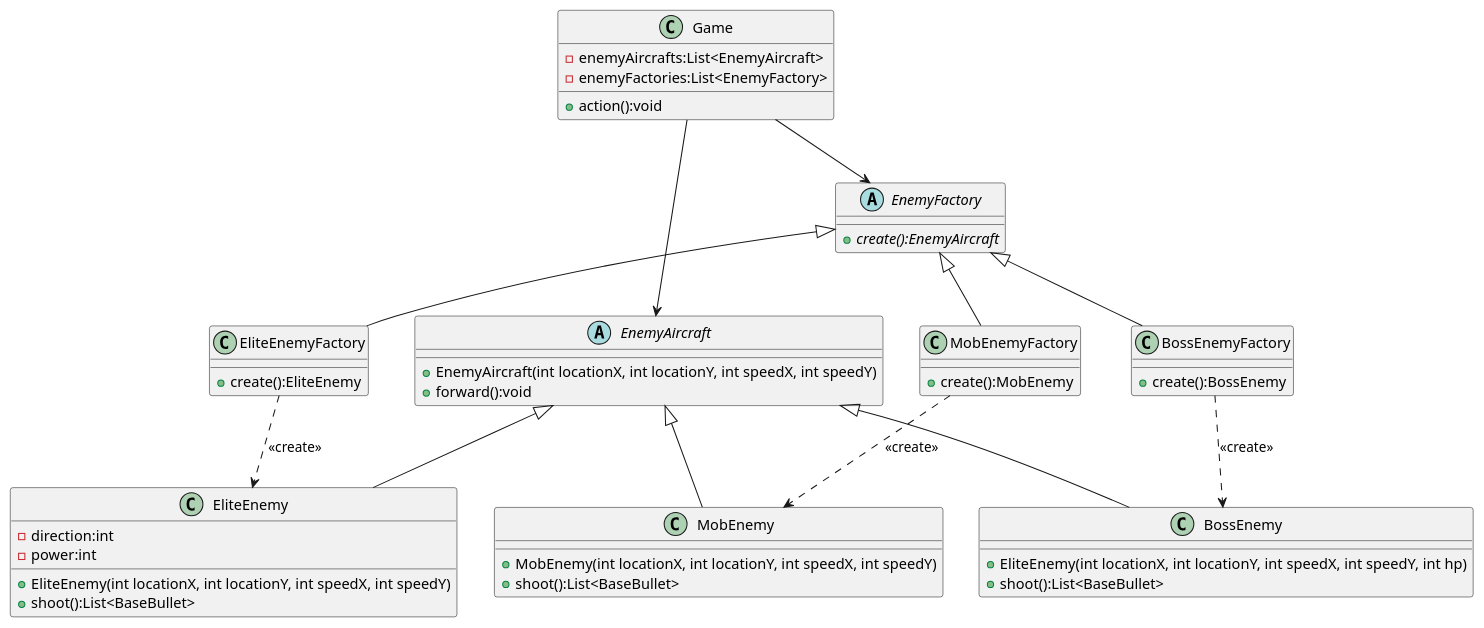
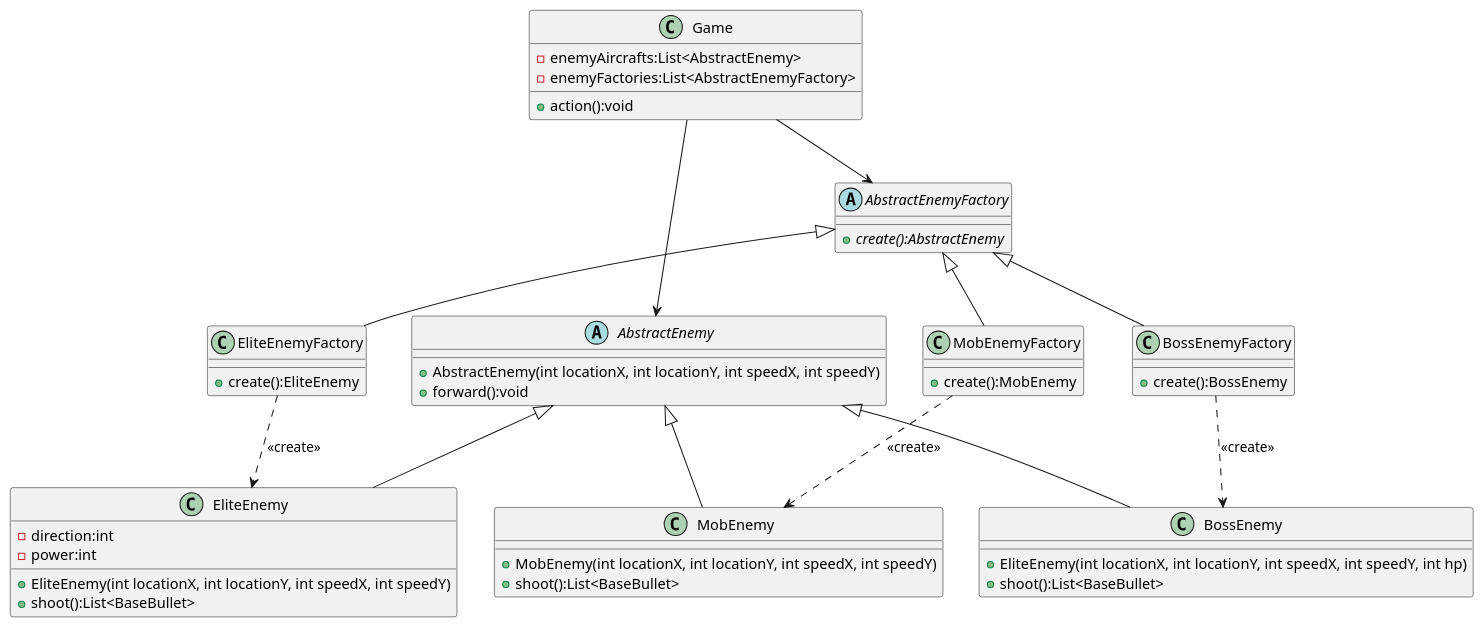
One commit to linkfqy/AircraftWar changed the diagram in uml/EnemyFactory.puml. Above: the diagram before and after it, drawn with PlantUML. The commit also changed 23 other files, not shown here.

```diff
--- a/uml/EnemyFactory.puml
+++ b/uml/EnemyFactory.puml
@@ -1,56 +1,56 @@
 @startuml
-abstract class EnemyFactory{
-    + {abstract} create():EnemyAircraft
+abstract class AbstractEnemyFactory{
+    + {abstract} create():AbstractEnemy
 }
 class MobEnemyFactory{
     + create():MobEnemy
 }
 class EliteEnemyFactory{
     + create():EliteEnemy
 }
 class BossEnemyFactory{
     + create():BossEnemy
 }
 
-EnemyFactory <|-- MobEnemyFactory
-EnemyFactory <|-- EliteEnemyFactory
-EnemyFactory <|-- BossEnemyFactory
+AbstractEnemyFactory <|-- MobEnemyFactory
+AbstractEnemyFactory <|-- EliteEnemyFactory
+AbstractEnemyFactory <|-- BossEnemyFactory
 
-abstract class EnemyAircraft {
-    + EnemyAircraft(int locationX, int locationY, int speedX, int speedY)
+abstract class AbstractEnemy {
+    + AbstractEnemy(int locationX, int locationY, int speedX, int speedY)
     + forward():void
 }
 
 class MobEnemy {
     + MobEnemy(int locationX, int locationY, int speedX, int speedY)
     + shoot():List<BaseBullet>
 }
 
 class EliteEnemy {
     - direction:int
     - power:int
     + EliteEnemy(int locationX, int locationY, int speedX, int speedY)
     + shoot():List<BaseBullet>
 }
 
 class BossEnemy {
     + EliteEnemy(int locationX, int locationY, int speedX, int speedY, int hp)
     + shoot():List<BaseBullet>
 }
 
-EnemyAircraft <|-- MobEnemy
-EnemyAircraft <|-- EliteEnemy
-EnemyAircraft <|-- BossEnemy
+AbstractEnemy <|-- MobEnemy
+AbstractEnemy <|-- EliteEnemy
+AbstractEnemy <|-- BossEnemy
 MobEnemyFactory ..> MobEnemy : <<create>>
 EliteEnemyFactory ..> EliteEnemy : <<create>>
 BossEnemyFactory ..> BossEnemy : <<create>>
 
 class Game {
-    - enemyAircrafts:List<EnemyAircraft>
-    - enemyFactories:List<EnemyFactory>
+    - enemyAircrafts:List<AbstractEnemy>
+    - enemyFactories:List<AbstractEnemyFactory>
     + action():void
 }
 
-Game --> EnemyFactory
-Game --> EnemyAircraft
+Game --> AbstractEnemyFactory
+Game --> AbstractEnemy
 @enduml
```
